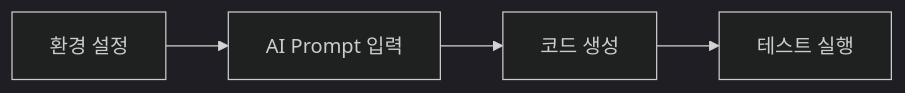
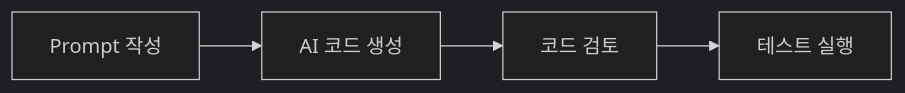
One commit to ustudiopd/vibe_coding changed the sixth of 10 diagrams in vibe_coding_timeline.md. Above: the diagram before and after it, drawn with Mermaid (dark theme). The commit also changed other lines of this file, not shown here.

````diff
--- a/vibe_coding_timeline.md
+++ b/vibe_coding_timeline.md
@@ -98,6 +80,6 @@
 ```mermaid
 graph LR
-    A[환경 설정] --> B[AI Prompt 입력]
-    B --> C[코드 생성]
+    A[Prompt 작성] --> B[AI 코드 생성]
+    B --> C[코드 검토]
     C --> D[테스트 실행]
 ```
````
